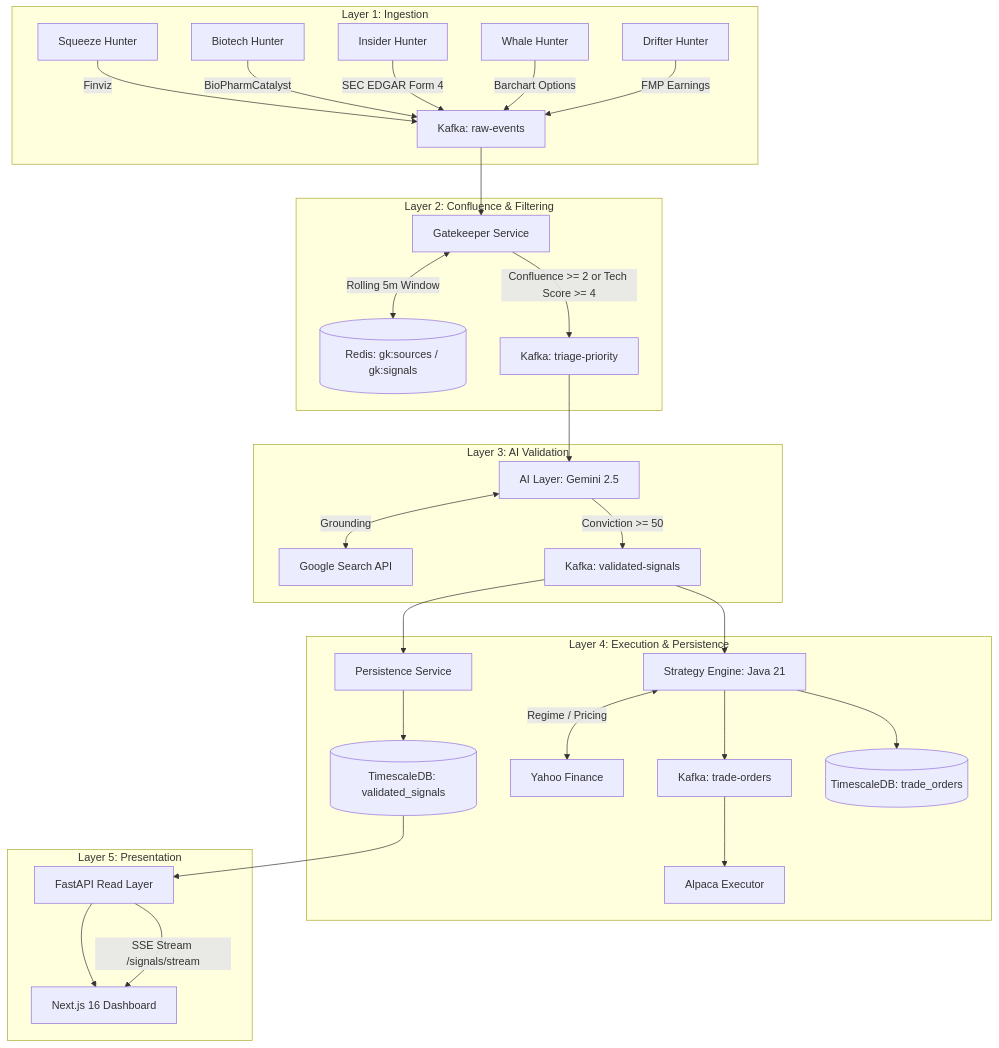
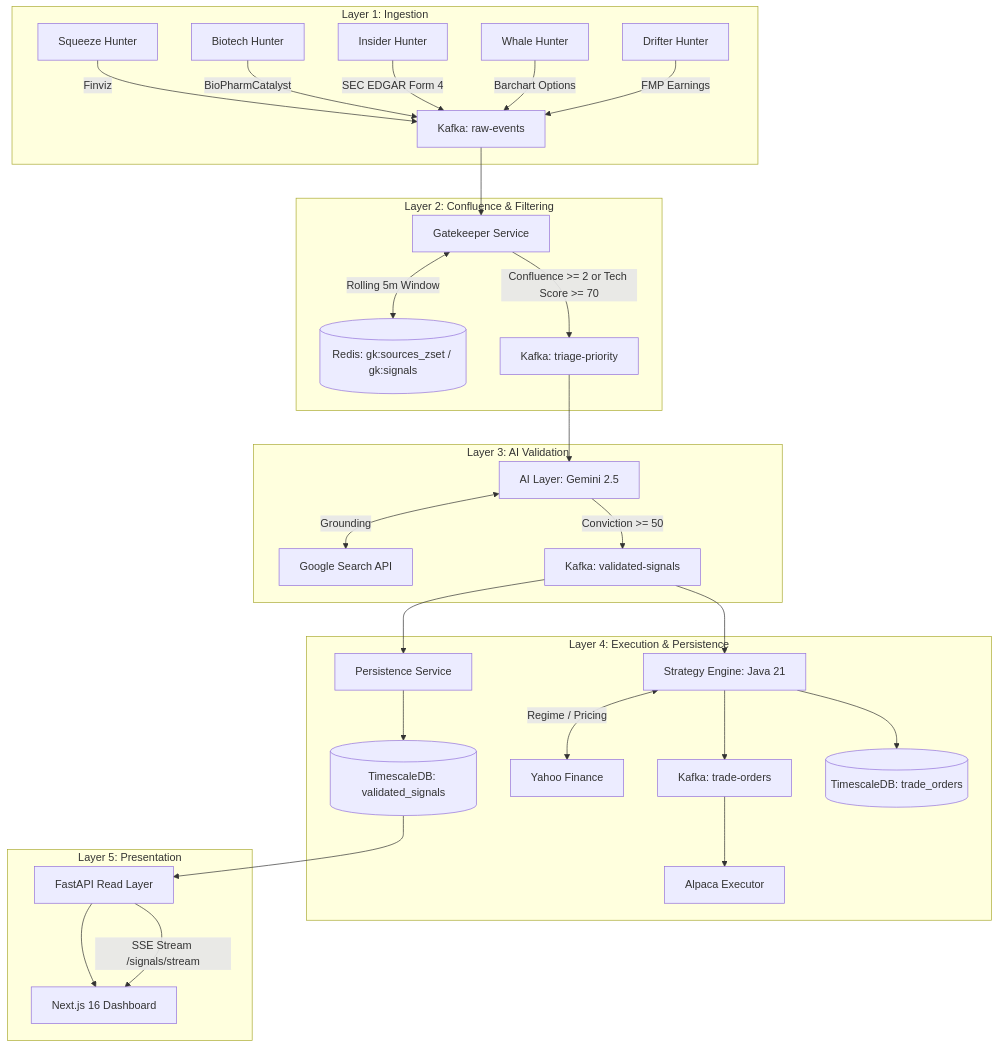
The diagram in AGENTS.md (Alesiobarquin/catalyst), drawn with Mermaid before and after one commit. The commit also changed other lines of this file and 8 other files, not shown here.

````diff
--- a/AGENTS.md
+++ b/AGENTS.md
@@ -22,38 +22,38 @@
 ```mermaid
 graph TD
     subgraph Layer 1: Ingestion
         H1[Squeeze Hunter] -->|Finviz| RE[Kafka: raw-events]
         H2[Biotech Hunter] -->|BioPharmCatalyst| RE
         H3[Insider Hunter] -->|SEC EDGAR Form 4| RE
         H4[Whale Hunter] -->|Barchart Options| RE
         H5[Drifter Hunter] -->|FMP Earnings| RE
     end
 
     subgraph Layer 2: Confluence & Filtering
         RE --> GK[Gatekeeper Service]
-        GK <-->|Rolling 5m Window| RD[(Redis: gk:sources / gk:signals)]
-        GK -->|Confluence >= 2 or Tech Score >= 4| TP[Kafka: triage-priority]
+        GK <-->|Rolling 5m Window| RD[(Redis: gk:sources_zset / gk:signals)]
+        GK -->|Confluence >= 2 or Tech Score >= 70| TP[Kafka: triage-priority]
     end
 
     subgraph Layer 3: AI Validation
         TP --> AI[AI Layer: Gemini 2.5]
         AI <-->|Grounding| GS[Google Search API]
         AI -->|Conviction >= 50| VS[Kafka: validated-signals]
     end
 
     subgraph Layer 4: Execution & Persistence
         VS --> PS[Persistence Service]
         PS --> DB[(TimescaleDB: validated_signals)]
         VS --> ENG[Strategy Engine: Java 21]
         ENG <-->|Regime / Pricing| YF[Yahoo Finance]
         ENG --> TO[Kafka: trade-orders]
         ENG --> DB2[(TimescaleDB: trade_orders)]
         TO --> EXEC[Alpaca Executor]
     end
 
     subgraph Layer 5: Presentation
         DB --> API[FastAPI Read Layer]
         API --> UI[Next.js 16 Dashboard]
         API -->|SSE Stream /signals/stream| UI
     end
 ```
````
